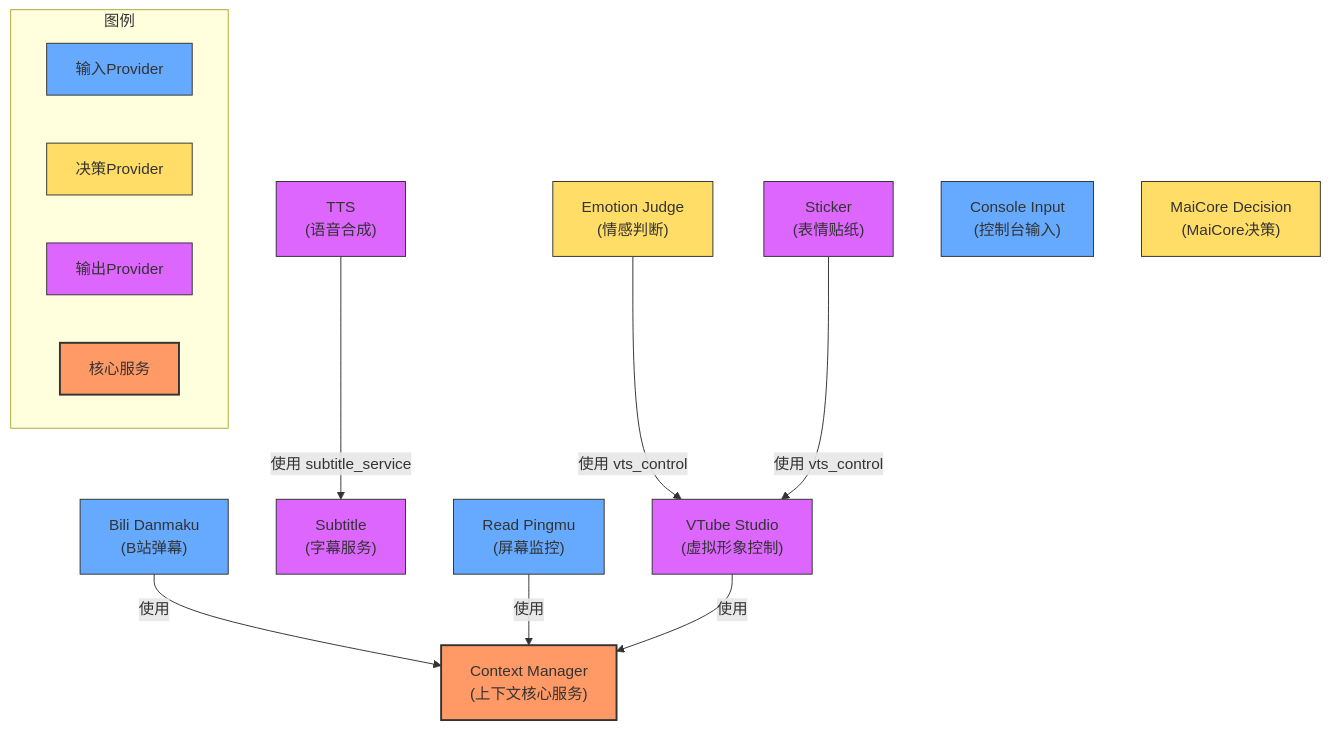
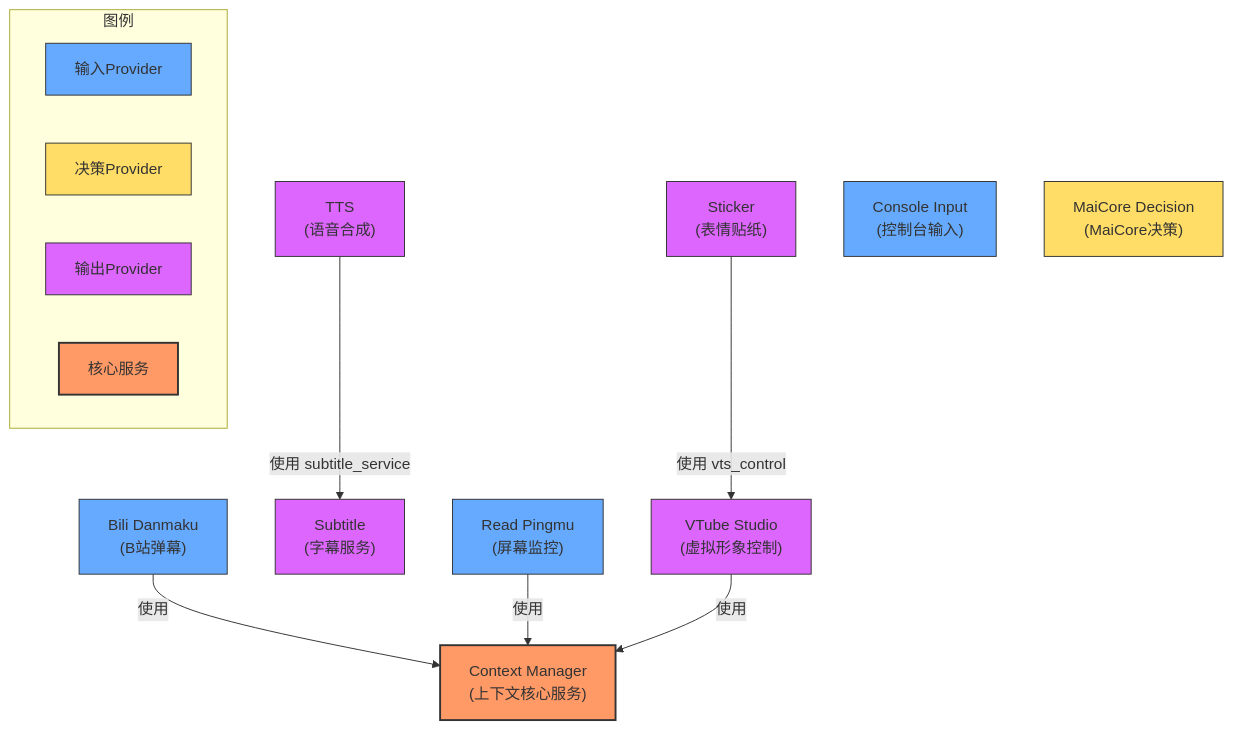
Before and after one commit to Mai-with-u/Amaidesu: the second of 2 diagrams in README.md, drawn with Mermaid. The commit also changed other lines of this file and 96 other files, not shown here.

````diff
--- a/README.md
+++ b/README.md
@@ -295,37 +294,36 @@
 ```mermaid
 flowchart TD
     %% 核心服务
     ContextManager["Context Manager<br>(上下文核心服务)"]:::core_service
 
     %% 服务Provider
     VTubeStudio["VTube Studio<br>(虚拟形象控制)"]:::output
     Subtitle["Subtitle<br>(字幕服务)"]:::output
 
     %% 服务依赖关系
     BiliDanmaku["Bili Danmaku<br>(B站弹幕)"]:::input -->|使用| ContextManager
     ReadPingmu["Read Pingmu<br>(屏幕监控)"]:::input -->|使用| ContextManager
     VTubeStudio -->|使用| ContextManager
 
     TTS["TTS<br>(语音合成)"]:::output -->|使用 subtitle_service| Subtitle
 
-    EmotionJudge["Emotion Judge<br>(情感判断)"]:::decision -->|使用 vts_control| VTubeStudio
     Sticker["Sticker<br>(表情贴纸)"]:::output -->|使用 vts_control| VTubeStudio
 
     %% 没有依赖其他服务的独立Provider
     ConsoleInput["Console Input<br>(控制台输入)"]:::input
     MaiCoreDecision["MaiCore Decision<br>(MaiCore决策)"]:::decision
 
     %% 样式定义
     classDef core_service fill:#f96,stroke:#333,stroke-width:2px
     classDef input fill:#6af,stroke:#333,stroke-width:1px
     classDef decision fill:#fd6,stroke:#333,stroke-width:1px
     classDef output fill:#d6f,stroke:#333,stroke-width:1px
 
     %% 图例
     subgraph 图例
         InputEx["输入Provider"]:::input
         DecisionEx["决策Provider"]:::decision
         OutputEx["输出Provider"]:::output
         CoreSrvEx["核心服务"]:::core_service
     end
 ```
````
